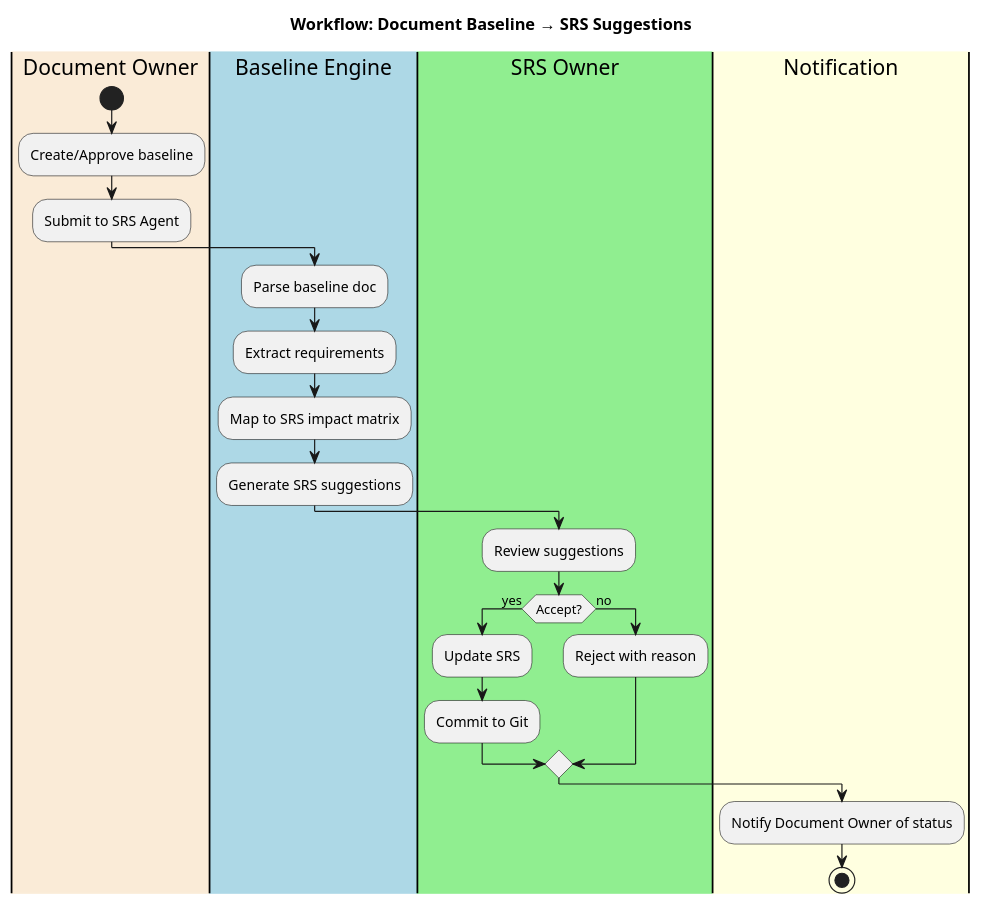
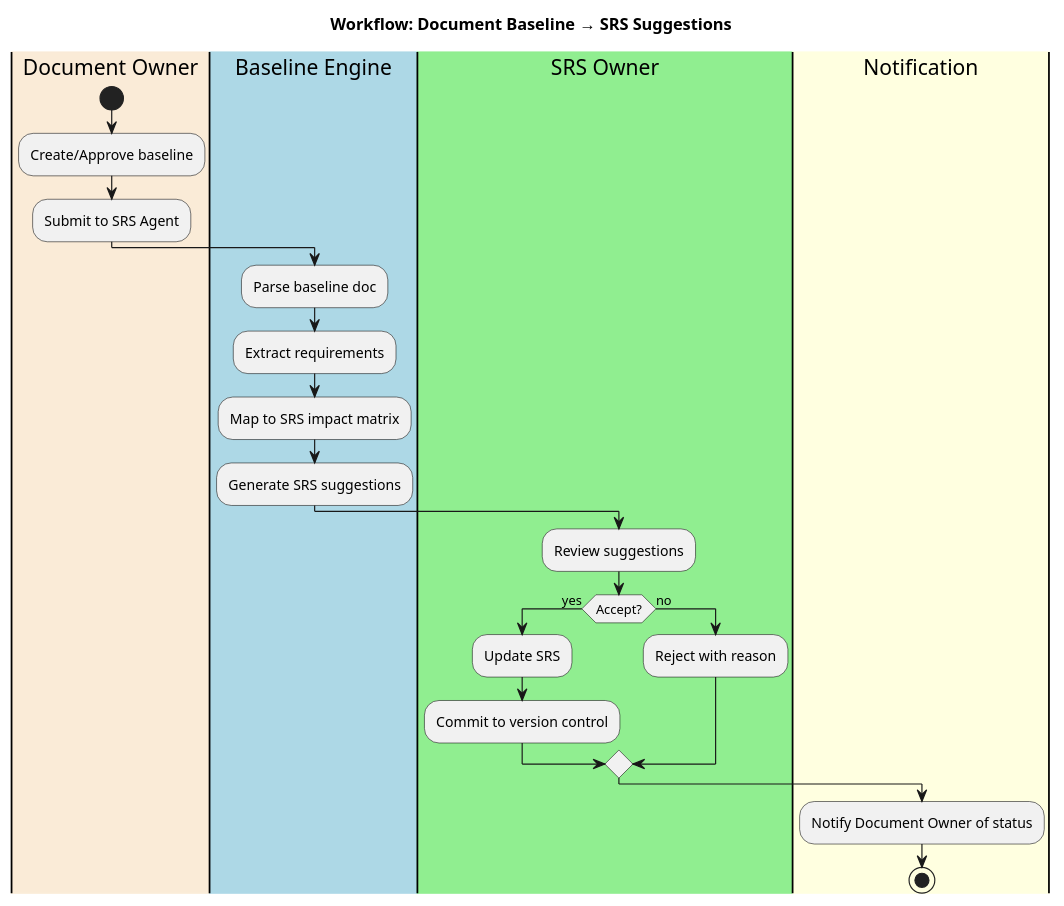
The diagram in docs/04-diagrams/workflows/baseline-to-srs-activity.puml (KantorVera-AI/srs-review-agent), drawn with PlantUML before and after one commit. The commit also changed 55 other files, not shown here.

```diff
--- a/docs/04-diagrams/workflows/baseline-to-srs-activity.puml
+++ b/docs/04-diagrams/workflows/baseline-to-srs-activity.puml
@@ -1,28 +1,28 @@
 @startuml
 title Workflow: Document Baseline → SRS Suggestions
 
 |#AntiqueWhite|Document Owner|
 start
 :Create/Approve baseline;
 :Submit to SRS Agent;
 
 |#LightBlue|Baseline Engine|
 :Parse baseline doc;
 :Extract requirements;
 :Map to SRS impact matrix;
 :Generate SRS suggestions;
 
 |#LightGreen|SRS Owner|
 :Review suggestions;
 if (Accept?) then (yes)
   :Update SRS;
-  :Commit to Git;
+  :Commit to version control;
 else (no)
   :Reject with reason;
 endif
 
 |#LightYellow|Notification|
 :Notify Document Owner of status;
 
 stop
 @enduml
```
